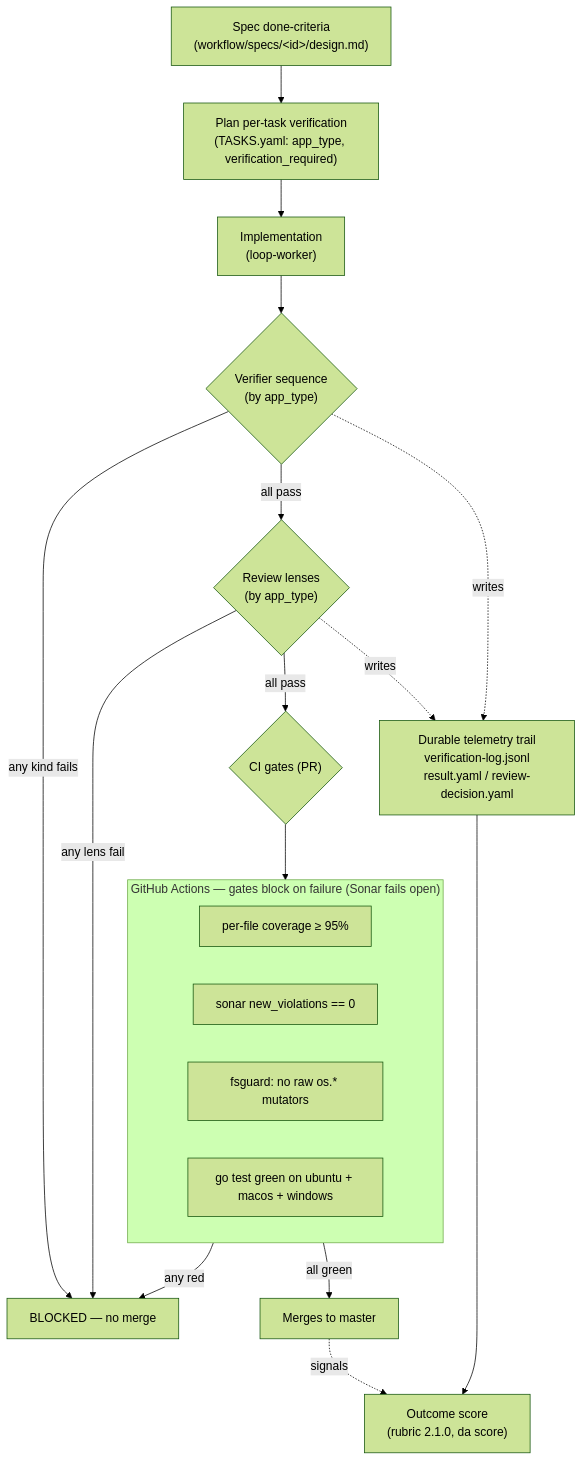
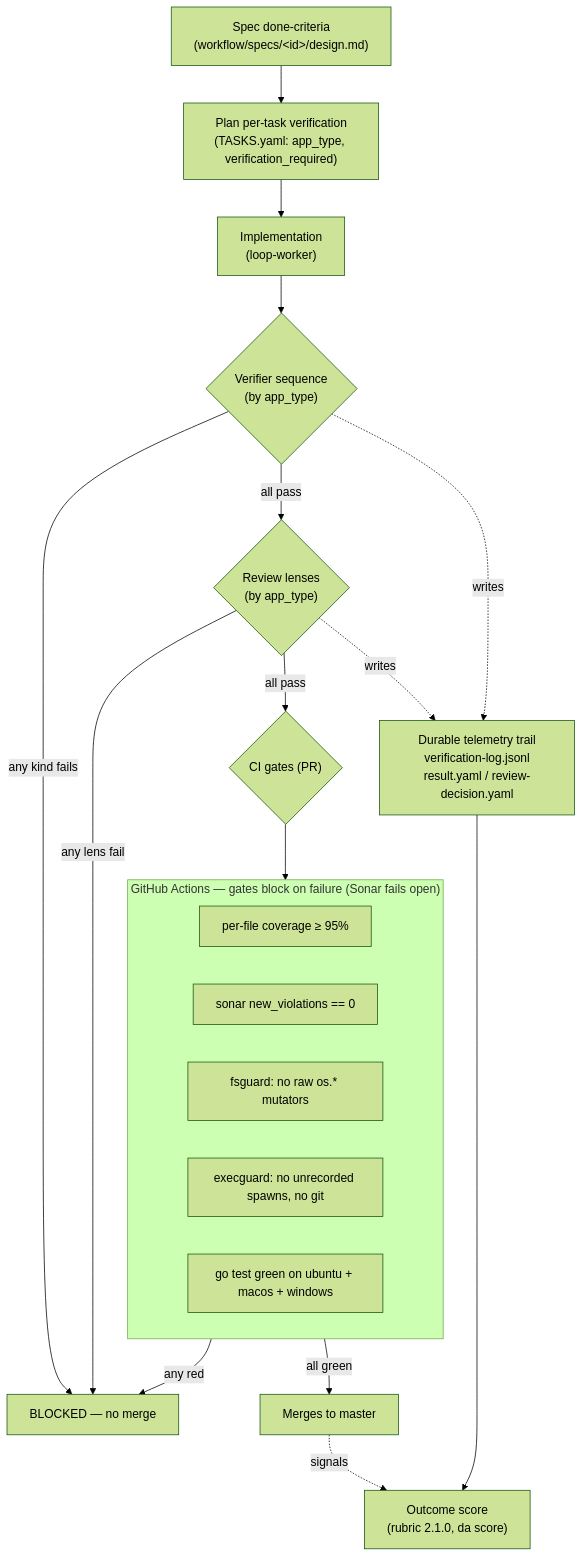
The diagram in docs/concepts/verification-and-scoring.md (AGOrcha/dot-agents), drawn with Mermaid (forest theme) before and after one commit. The commit also changed other lines of this file and 5 other files, not shown here.

````diff
--- a/docs/concepts/verification-and-scoring.md
+++ b/docs/concepts/verification-and-scoring.md
@@ -63,27 +65,28 @@
 ```mermaid
 flowchart TD
     spec["Spec done-criteria<br/>(workflow/specs/&lt;id&gt;/design.md)"] --> plan["Plan per-task verification<br/>(TASKS.yaml: app_type, verification_required)"]
     plan --> impl["Implementation<br/>(loop-worker)"]
 
     impl --> verify{"Verifier sequence<br/>(by app_type)"}
     verify -->|any kind fails| block["BLOCKED — no merge"]
     verify -->|all pass| review{"Review lenses<br/>(by app_type)"}
     review -->|any lens fail| block
     review -->|all pass| ci{"CI gates (PR)"}
 
     subgraph ci_gates["GitHub Actions — gates block on failure (Sonar fails open)"]
       cov["per-file coverage ≥ 95%"]
       sonar["sonar new_violations == 0"]
       fsg["fsguard: no raw os.* mutators"]
+      xg["execguard: no unrecorded spawns, no git"]
       matrix["go test green on ubuntu + macos + windows"]
     end
 
     ci --> ci_gates
     ci_gates -->|any red| block
     ci_gates -->|all green| merge["Merges to master"]
 
     verify -.writes.-> trail["Durable telemetry trail<br/>verification-log.jsonl<br/>result.yaml / review-decision.yaml"]
     review -.writes.-> trail
     merge -.signals.-> score["Outcome score<br/>(rubric 2.1.0, da score)"]
     trail --> score
 ```
````
